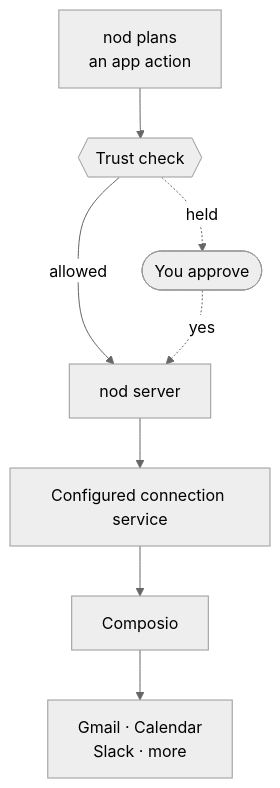
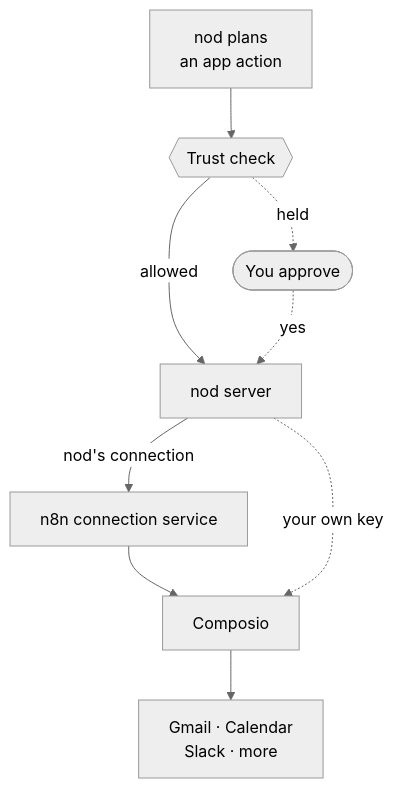
The diagram in docs/src/content/docs/connect/apps.mdx (KrishBhimani/nod), drawn with Mermaid (neutral theme) before and after one commit. The commit also changed other lines of this file and 107 other files, not shown here.

````diff
--- a/docs/src/content/docs/connect/apps.mdx
+++ b/docs/src/content/docs/connect/apps.mdx
@@ -16,10 +20,11 @@
 ```mermaid
 flowchart TD
   nod[nod plans<br/>an app action] --> trust{{Trust check}}:::accent
   trust -- allowed --> server[nod server]
   trust -. held .-> you([You approve]):::accent
   you -. yes .-> server
-  server --> connection[Configured connection service]
+  server -- nod's connection --> connection[n8n connection service]
   connection --> composio[Composio]
+  server -. your own key .-> composio
   composio --> apps[Gmail · Calendar<br/>Slack · more]
 ```
````
